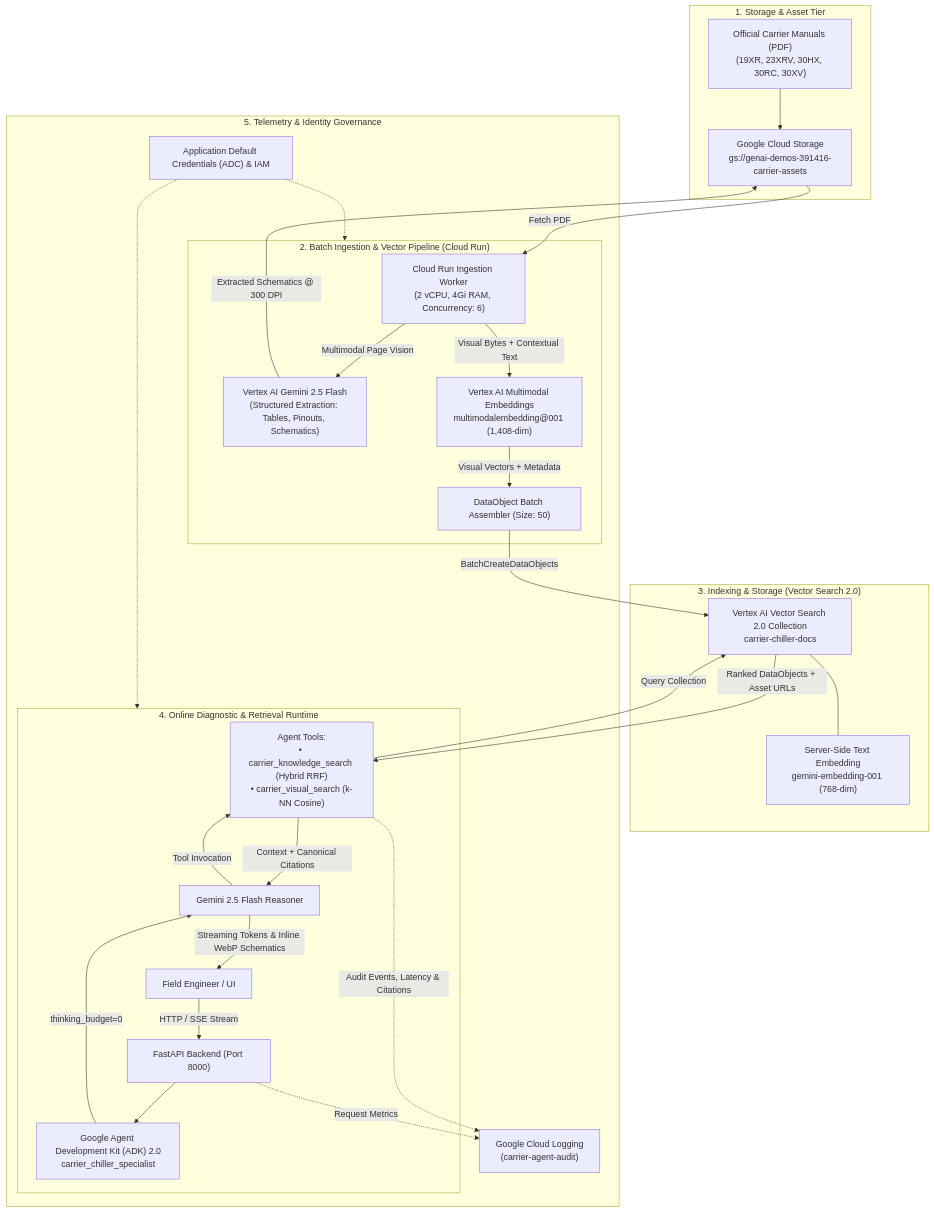
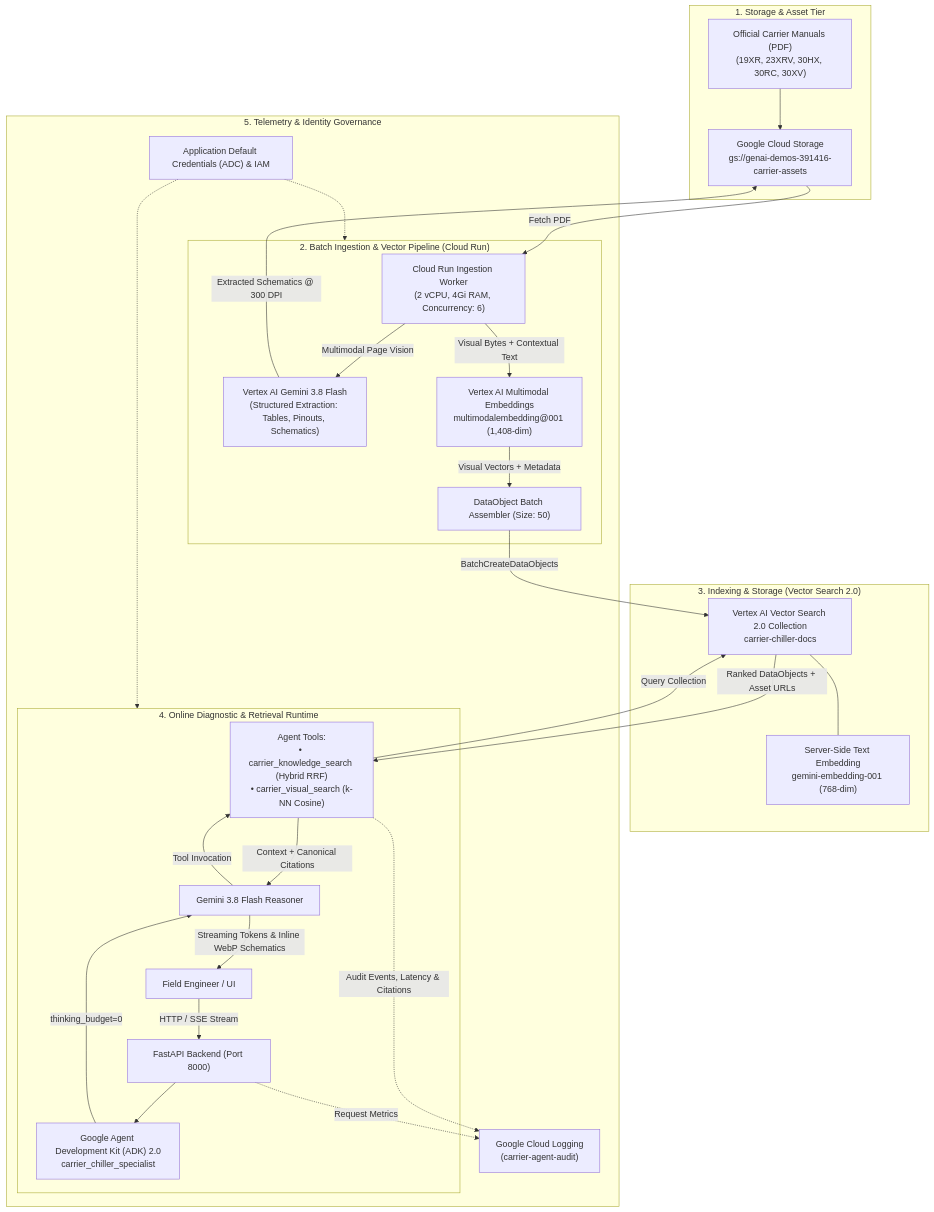
Before and after one commit to wanderas-pixel/vector-search-carrier: the diagram in ARCHITECTURE.md, drawn with Mermaid. The commit also changed other lines of this file and 5 other files, not shown here.

Commit message:
feat: upgrade core reasoning and ingestion model to Gemini 3.8 Flash across entire solution

````diff
--- a/ARCHITECTURE.md
+++ b/ARCHITECTURE.md
@@ -9,38 +9,38 @@
 ```mermaid
 flowchart TD
     subgraph StorageLayer ["1. Storage & Asset Tier"]
         PDFs["Official Carrier Manuals (PDF)<br/>(19XR, 23XRV, 30HX, 30RC, 30XV)"] --> GCS["Google Cloud Storage<br/>gs://genai-demos-391416-carrier-assets"]
     end
 
     subgraph ComputeLayer ["2. Batch Ingestion & Vector Pipeline (Cloud Run)"]
         CR["Cloud Run Ingestion Worker<br/>(2 vCPU, 4Gi RAM, Concurrency: 6)"]
         GCS -->|Fetch PDF| CR
-        CR -->|Multimodal Page Vision| GFlash["Vertex AI Gemini 2.5 Flash<br/>(Structured Extraction: Tables, Pinouts, Schematics)"]
+        CR -->|Multimodal Page Vision| GFlash["Vertex AI Gemini 3.8 Flash<br/>(Structured Extraction: Tables, Pinouts, Schematics)"]
         GFlash -->|Extracted Schematics @ 300 DPI| GCS
         CR -->|Visual Bytes + Contextual Text| MMEmb["Vertex AI Multimodal Embeddings<br/>multimodalembedding@001 (1,408-dim)"]
         MMEmb -->|Visual Vectors + Metadata| DataObjs["DataObject Batch Assembler (Size: 50)"]
     end
 
     subgraph VectorTier ["3. Indexing & Storage (Vector Search 2.0)"]
         DataObjs -->|BatchCreateDataObjects| VS2["Vertex AI Vector Search 2.0 Collection<br/>carrier-chiller-docs"]
         VS2 --- AutoText["Server-Side Text Embedding<br/>gemini-embedding-001 (768-dim)"]
     end
 
     subgraph RuntimeServing ["4. Online Diagnostic & Retrieval Runtime"]
         Tech["Field Engineer / UI"] -->|HTTP / SSE Stream| API["FastAPI Backend (Port 8000)"]
         API --> ADK["Google Agent Development Kit (ADK) 2.0<br/>carrier_chiller_specialist"]
-        ADK -->|thinking_budget=0| GReasoner["Gemini 2.5 Flash Reasoner"]
+        ADK -->|thinking_budget=0| GReasoner["Gemini 3.8 Flash Reasoner"]
         GReasoner -->|Tool Invocation| Tools["Agent Tools:<br/>• carrier_knowledge_search (Hybrid RRF)<br/>• carrier_visual_search (k-NN Cosine)"]
         Tools -->|Query Collection| VS2
         VS2 -->|Ranked DataObjects + Asset URLs| Tools
         Tools -->|Context + Canonical Citations| GReasoner
         GReasoner -->|Streaming Tokens & Inline WebP Schematics| Tech
     end
 
     subgraph GovernanceTier ["5. Telemetry & Identity Governance"]
         Tools -.->|Audit Events, Latency & Citations| CLog["Google Cloud Logging<br/>(carrier-agent-audit)"]
         API -.->|Request Metrics| CLog
         IAM["Application Default Credentials (ADC) & IAM"] -.-> ComputeLayer
         IAM -.-> RuntimeServing
     end
 ```
````
